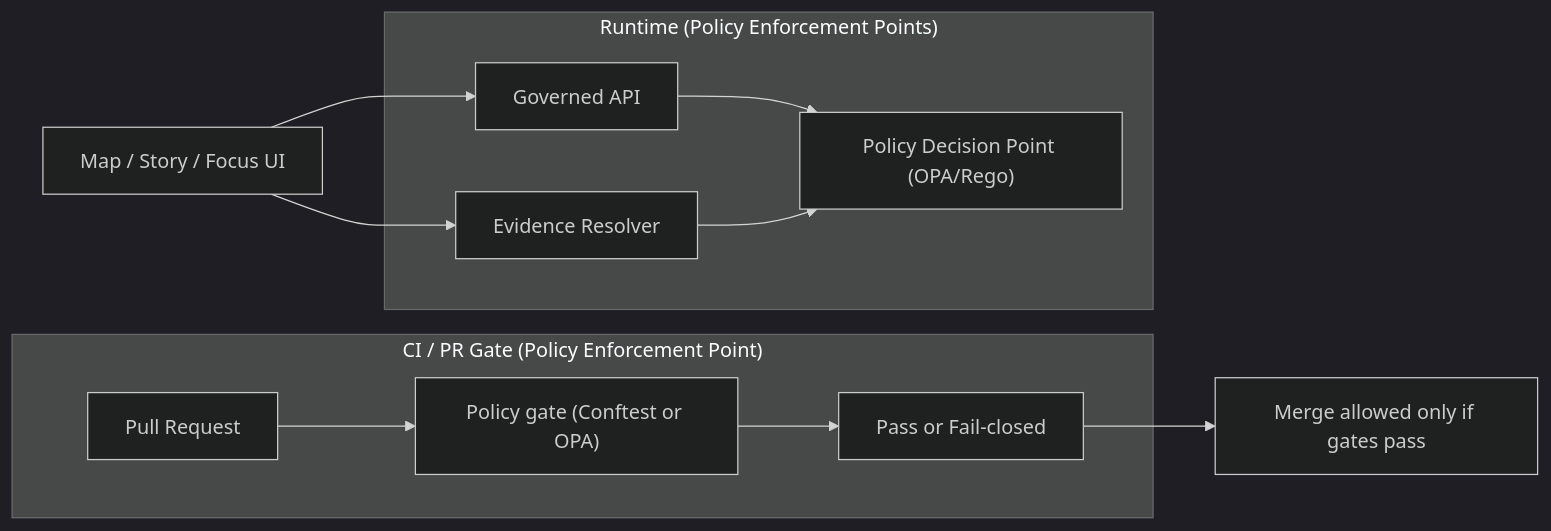
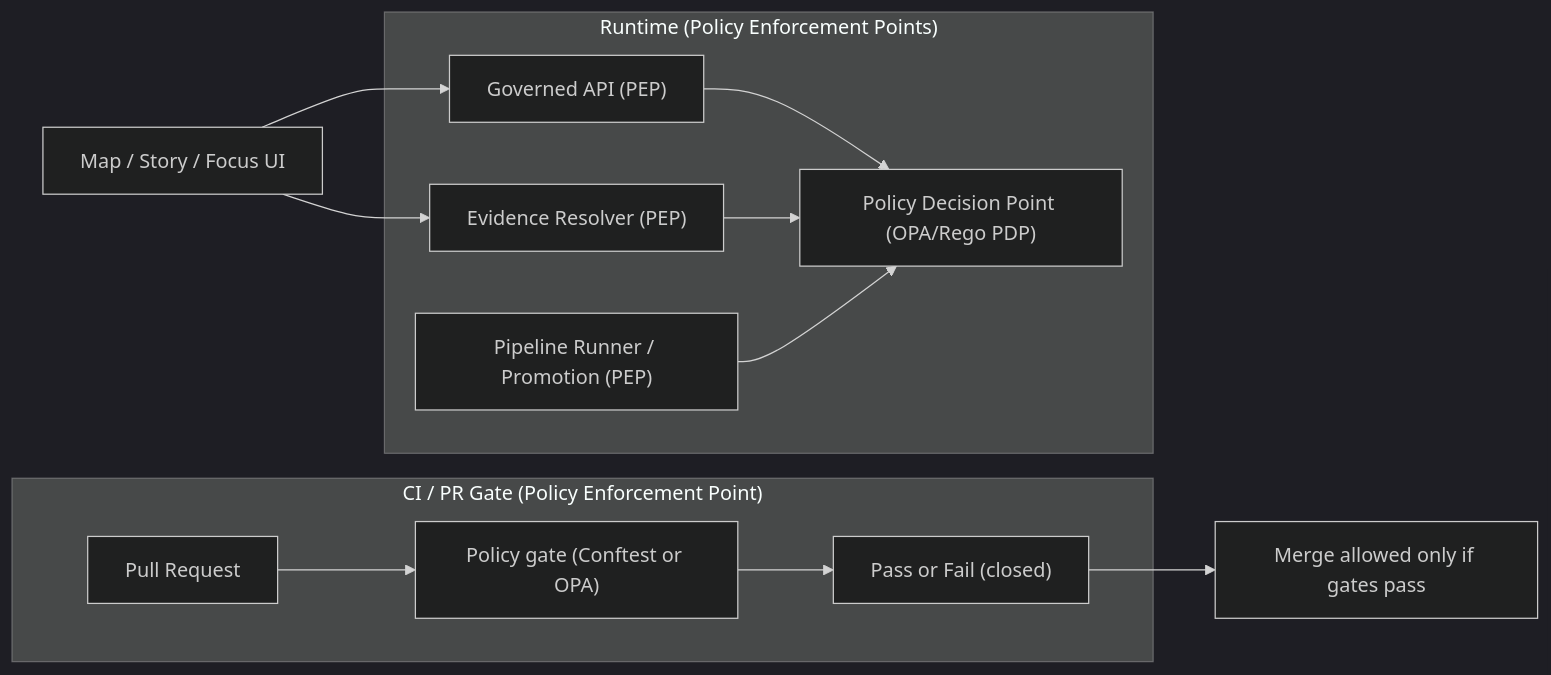
Before and after one commit to bartytime4life/Kansas-Frontier-Matrix: the diagram in policy/README.md, drawn with Mermaid (dark theme). The commit also changed other lines of this file, not shown here.

First line of the commit message:
Revise README for policy ownership and clarity

````diff
--- a/policy/README.md
+++ b/policy/README.md
@@ -73,16 +159,18 @@
 ```mermaid
 flowchart LR
   subgraph CI["CI / PR Gate (Policy Enforcement Point)"]
-    PR["Pull Request"] --> Conftest["Policy gate (Conftest or OPA)"]
-    Conftest --> CIResult["Pass or Fail-closed"]
+    PR["Pull Request"] --> Gate["Policy gate (Conftest or OPA)"]
+    Gate --> CIResult["Pass or Fail (closed)"]
   end
 
   subgraph Runtime["Runtime (Policy Enforcement Points)"]
-    API["Governed API"] --> PDP["Policy Decision Point (OPA/Rego)"]
-    Evidence["Evidence Resolver"] --> PDP
+    API["Governed API (PEP)"] --> PDP["Policy Decision Point (OPA/Rego PDP)"]
+    ER["Evidence Resolver (PEP)"] --> PDP
+    Pipe["Pipeline Runner / Promotion (PEP)"] --> PDP
   end
 
   UI["Map / Story / Focus UI"] --> API
-  UI --> Evidence
+  UI --> ER
+
   CIResult --> Merge["Merge allowed only if gates pass"]
 ```
````
